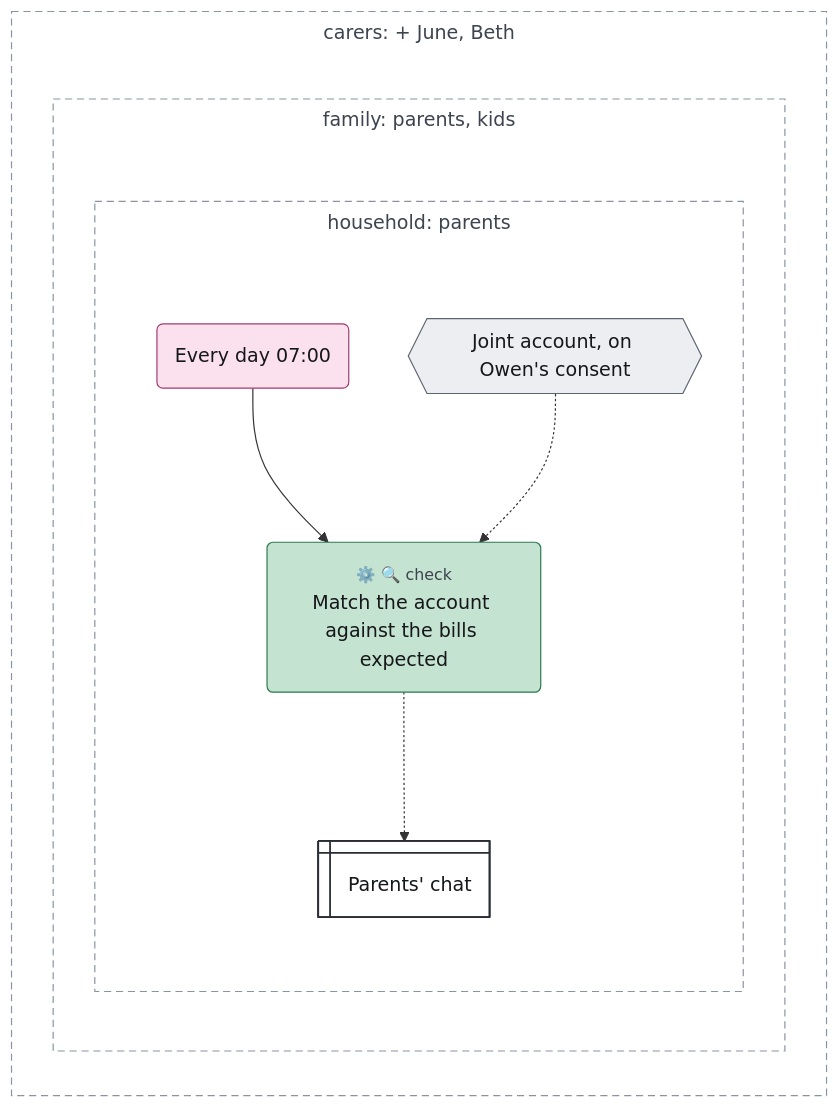
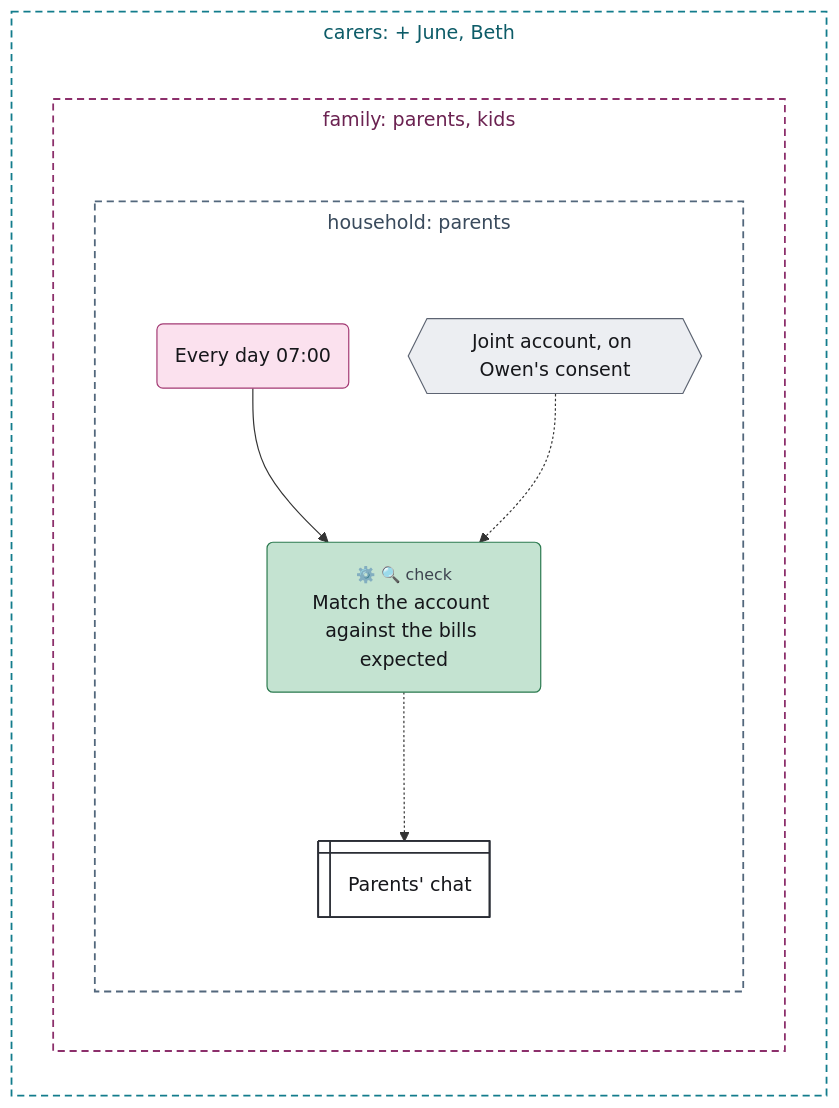
Before and after one commit to chrismdp/awml: the diagram in examples/bills.mmd, drawn with Mermaid. The commit also changed 69 other files, not shown here.

```diff
--- a/examples/bills.mmd
+++ b/examples/bills.mmd
@@ -1,44 +1,44 @@
 ---
 config:
   theme: default
   fontFamily: Inter, sans-serif
   flowchart:
     useMaxWidth: false
     subGraphTitleMargin:
       top: 6
       bottom: 30
 ---
 flowchart TB
   subgraph carers["carers#58; #43; June#44; Beth"]
     direction TB
     subgraph family["family#58; parents#44; kids"]
       direction TB
       subgraph household["household#58; parents"]
         direction TB
         daily("Every day 07#58;00")
         bank{{"Joint account#44; on Owen#39;s consent"}}
         match("<small style='color:rgb(61,67,79)'>⚙️ 🔍 check</small><br>Match the account against the bills expected")
         parents_chat@{ shape: win-pane, label: "Parents#39; chat" }
       end
     end
   end
 
   daily --> match
   bank -.-> match
   match -.-> parents_chat
   classDef trig fill:#fbe1ee,stroke:#a33a74,color:#16171b
   classDef ctx fill:#e2eef9,stroke:#3d6fa3,color:#16171b
   classDef con fill:#eceef2,stroke:#5d6472,color:#16171b
   classDef surf fill:#ffffff,stroke:#2a2d35,stroke-width:1.5px,color:#16171b
   classDef out fill:#fde4dc,stroke:#b5532f,color:#16171b
   classDef ai fill:#cdd3fb,stroke:#3b4bb0,color:#16171b
   classDef code fill:#c4e3d1,stroke:#2b7a4f,color:#16171b
   classDef person fill:#f7d79a,stroke:#9a6100,color:#16171b
   classDef gap fill:#ffffff,stroke:#8a93a3,stroke-dasharray:4 3,color:#6b7280
   class daily trig
   class bank con
   class parents_chat surf
   class match code
-  style carers fill:transparent,stroke:#8a93a3,stroke-dasharray:6 4,color:#3d434f
-  style family fill:transparent,stroke:#8a93a3,stroke-dasharray:6 4,color:#3d434f
-  style household fill:transparent,stroke:#8a93a3,stroke-dasharray:6 4,color:#3d434f
+  style carers fill:transparent,stroke:#127c8c,stroke-width:1.5px,stroke-dasharray:6 4,color:#0d5c68
+  style family fill:transparent,stroke:#8c2f6b,stroke-width:1.5px,stroke-dasharray:6 4,color:#6b2251
+  style household fill:transparent,stroke:#52677c,stroke-width:1.5px,stroke-dasharray:6 4,color:#394a5c
```
